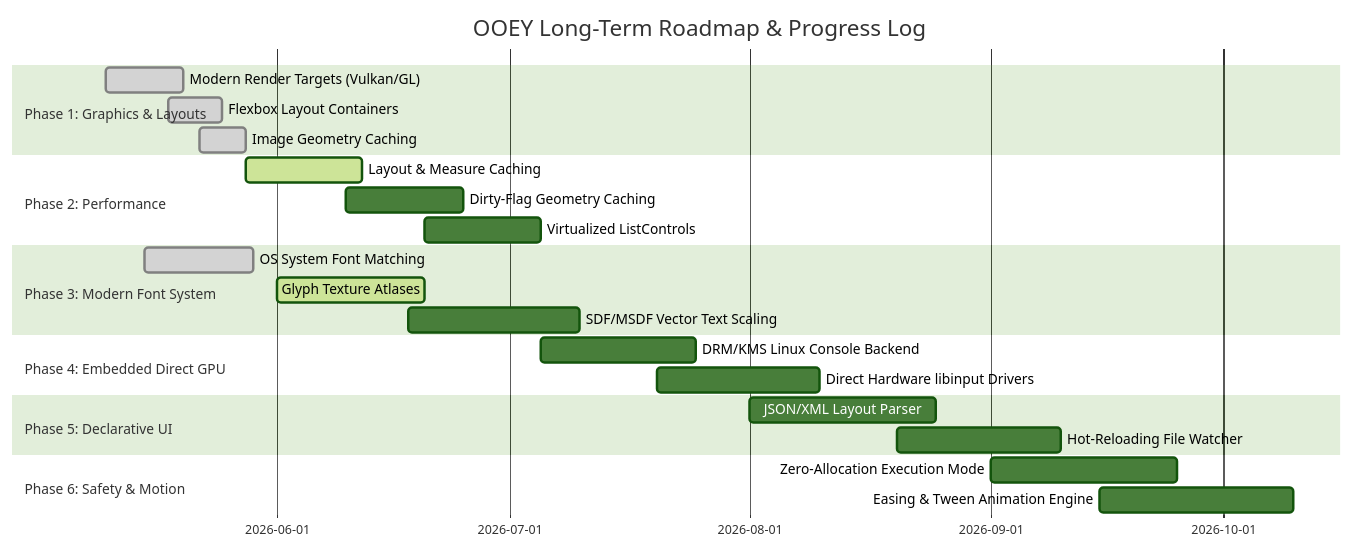
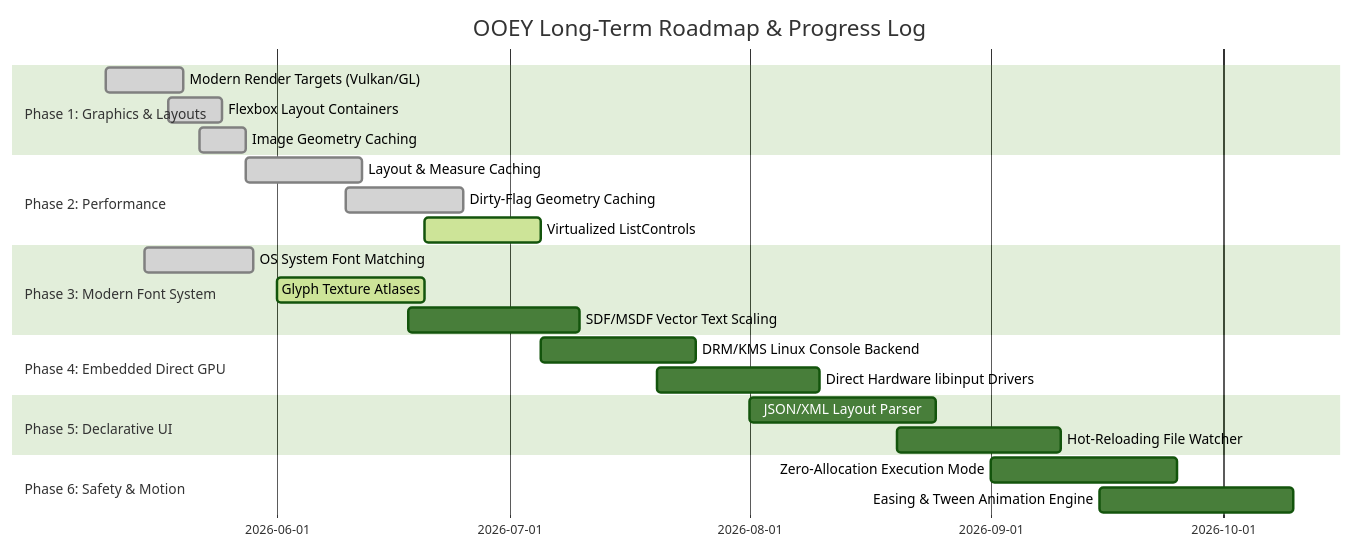
One commit to Corey255A1/ooey changed the diagram in docs/09-architectural-analysis-and-technical-roadmap.md. Above: the diagram before and after it, drawn with Mermaid (forest theme). The commit also changed other lines of this file and 39 other files, not shown here.

````diff
--- a/docs/09-architectural-analysis-and-technical-roadmap.md
+++ b/docs/09-architectural-analysis-and-technical-roadmap.md
@@ -107,26 +109,26 @@
 ```mermaid
 gantt
     title OOEY Long-Term Roadmap & Progress Log
     dateFormat  YYYY-MM-DD
     section Phase 1: Graphics & Layouts
     Modern Render Targets (Vulkan/GL)  :done, g1, 2026-05-10, 2026-05-20
     Flexbox Layout Containers          :done, g2, 2026-05-18, 2026-05-25
     Image Geometry Caching             :done, g3, 2026-05-22, 2026-05-28
     section Phase 2: Performance
-    Layout & Measure Caching           :active, p1, 2026-05-28, 2026-06-12
-    Dirty-Flag Geometry Caching        :p2, 2026-06-10, 2026-06-25
-    Virtualized ListControls           :p3, 2026-06-20, 2026-07-05
+    Layout & Measure Caching           :done, p1, 2026-05-28, 2026-06-12
+    Dirty-Flag Geometry Caching        :done, p2, 2026-06-10, 2026-06-25
+    Virtualized ListControls           :active, p3, 2026-06-20, 2026-07-05
     section Phase 3: Modern Font System
     OS System Font Matching            :done, f1, 2026-05-15, 2026-05-29
     Glyph Texture Atlases              :active, f2, 2026-06-01, 2026-06-20
     SDF/MSDF Vector Text Scaling       :f3, 2026-06-18, 2026-07-10
     section Phase 4: Embedded Direct GPU
     DRM/KMS Linux Console Backend      :e1, 2026-07-05, 2026-07-25
     Direct Hardware libinput Drivers   :e2, 2026-07-20, 2026-08-10
     section Phase 5: Declarative UI
     JSON/XML Layout Parser             :l1, 2026-08-01, 2026-08-25
     Hot-Reloading File Watcher         :l2, 2026-08-20, 2026-09-10
     section Phase 6: Safety & Motion
     Zero-Allocation Execution Mode     :s1, 2026-09-01, 2026-09-25
     Easing & Tween Animation Engine    :s2, 2026-09-15, 2026-10-10
 ```
````
